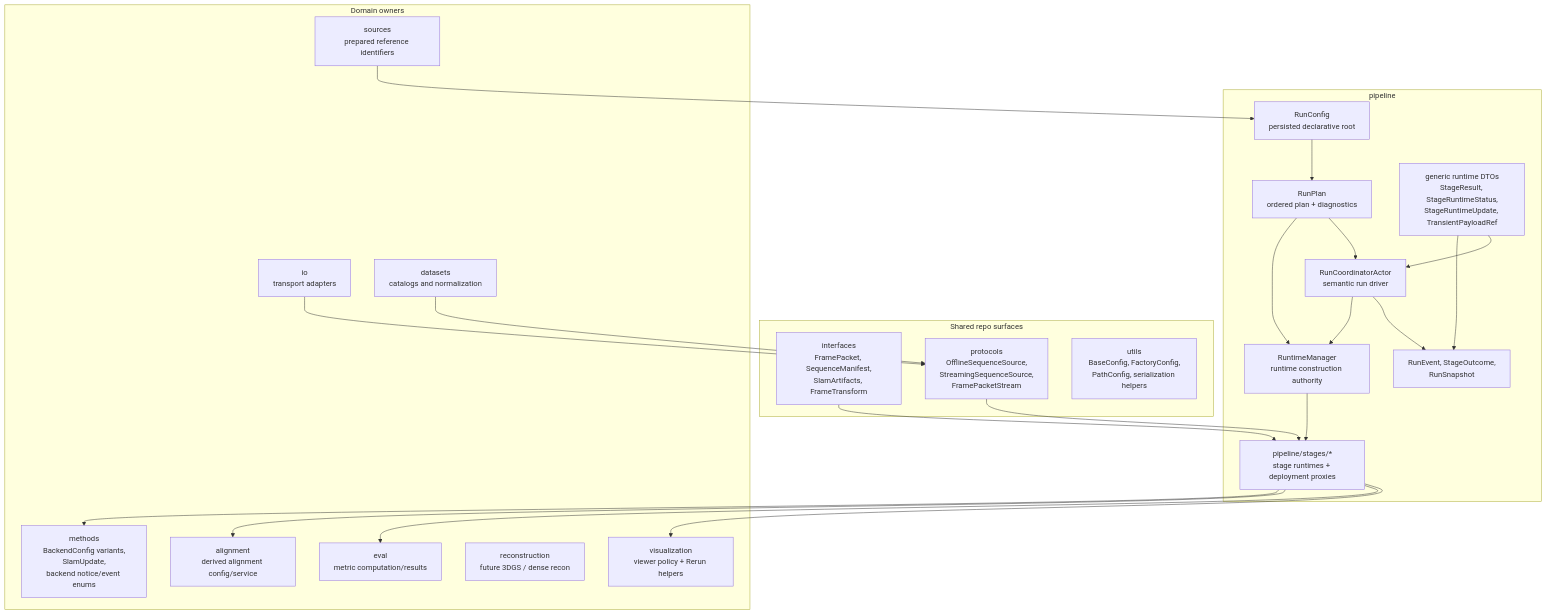
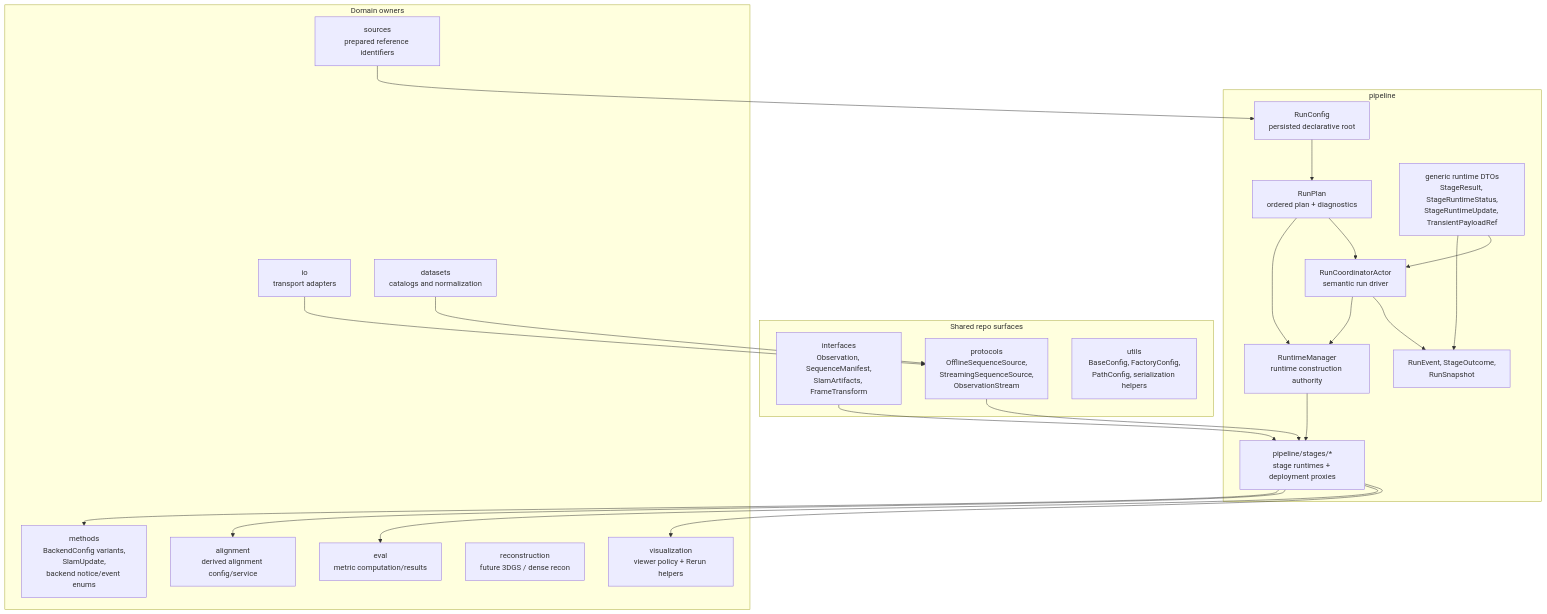
One commit to JanDuchscherer104/prml-vslam changed the first of 18 diagrams in docs/architecture/pipeline-stage-refactor-target.md. Above: the diagram before and after it, drawn with Mermaid. The commit also changed other lines of this file and 178 other files, not shown here.

````diff
--- a/docs/architecture/pipeline-stage-refactor-target.md
+++ b/docs/architecture/pipeline-stage-refactor-target.md
@@ -50,47 +50,47 @@
 ```mermaid
 flowchart TB
     subgraph Shared["Shared repo surfaces"]
-        Interfaces["interfaces<br/>FramePacket, SequenceManifest,<br/>SlamArtifacts, FrameTransform"]
-        Protocols["protocols<br/>OfflineSequenceSource,<br/>StreamingSequenceSource,<br/>FramePacketStream"]
+        Interfaces["interfaces<br/>Observation, SequenceManifest,<br/>SlamArtifacts, FrameTransform"]
+        Protocols["protocols<br/>OfflineSequenceSource,<br/>StreamingSequenceSource,<br/>ObservationStream"]
         Utils["utils<br/>BaseConfig, FactoryConfig,<br/>PathConfig, serialization helpers"]
     end
 
     subgraph Pipeline["pipeline"]
         RunConfig["RunConfig<br/>persisted declarative root"]
         RunPlan["RunPlan<br/>ordered plan + diagnostics"]
         RuntimeManager["RuntimeManager<br/>runtime construction authority"]
         Coordinator["RunCoordinatorActor<br/>semantic run driver"]
         GenericContracts["generic runtime DTOs<br/>StageResult, StageRuntimeStatus,<br/>StageRuntimeUpdate, TransientPayloadRef"]
         Events["RunEvent, StageOutcome,<br/>RunSnapshot"]
         Stages["pipeline/stages/*<br/>stage runtimes + deployment proxies"]
     end
 
     subgraph Domain["Domain owners"]
         Methods["methods<br/>BackendConfig variants,<br/>SlamUpdate,<br/>backend notice/event enums"]
         Benchmark["sources<br/>prepared reference identifiers"]
         Eval["eval<br/>metric computation/results"]
         Alignment["alignment<br/>derived alignment config/service"]
         Reconstruction["reconstruction<br/>future 3DGS / dense recon"]
         Visualization["visualization<br/>viewer policy + Rerun helpers"]
         IO["io<br/>transport adapters"]
         Datasets["datasets<br/>catalogs and normalization"]
     end
 
     RunConfig --> RunPlan
     RunPlan --> RuntimeManager
     RunPlan --> Coordinator
     Coordinator --> RuntimeManager
     RuntimeManager --> Stages
     Coordinator --> Events
     GenericContracts --> Events
     GenericContracts --> Coordinator
     Stages --> Methods
     Stages --> Alignment
     Stages --> Eval
     Stages --> Visualization
     Interfaces --> Stages
     Protocols --> Stages
     IO --> Protocols
     Datasets --> Protocols
     Benchmark --> RunConfig
 ```
````
